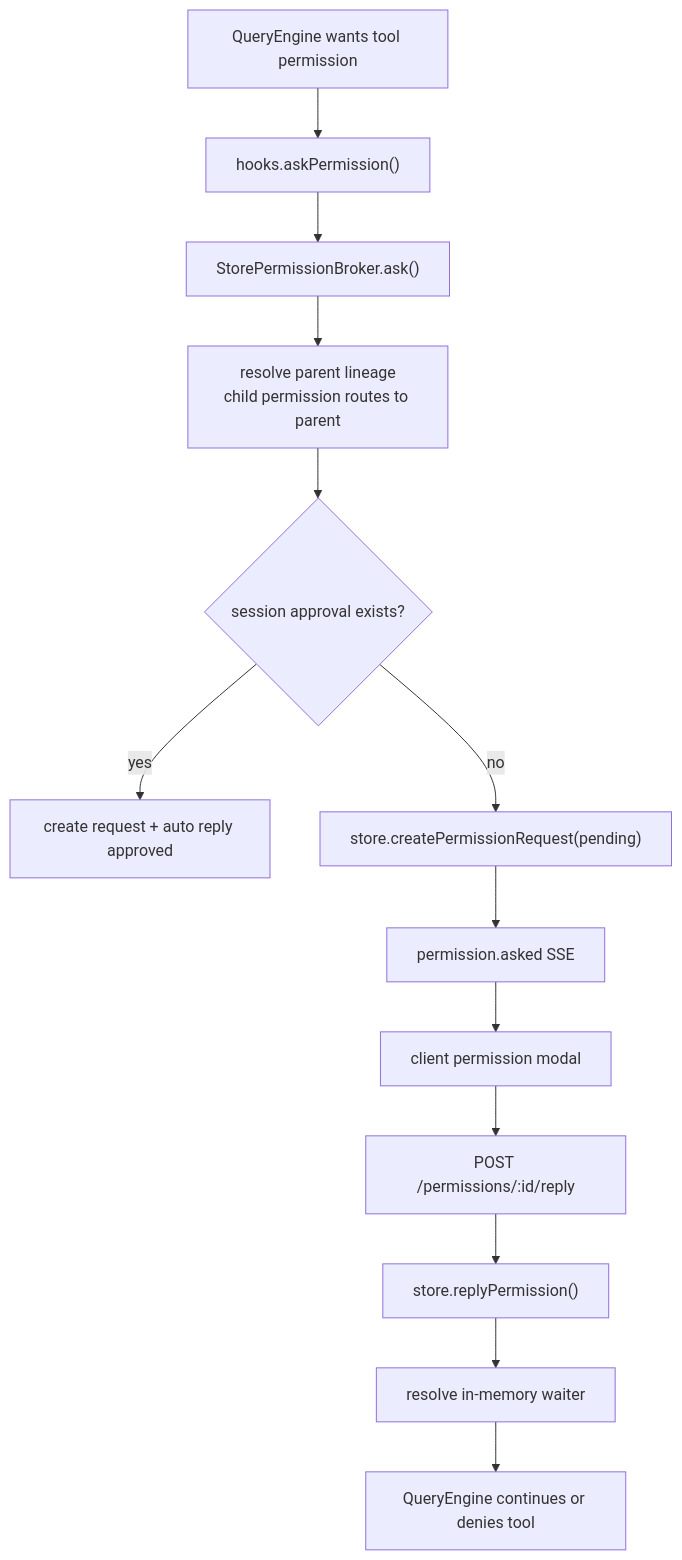
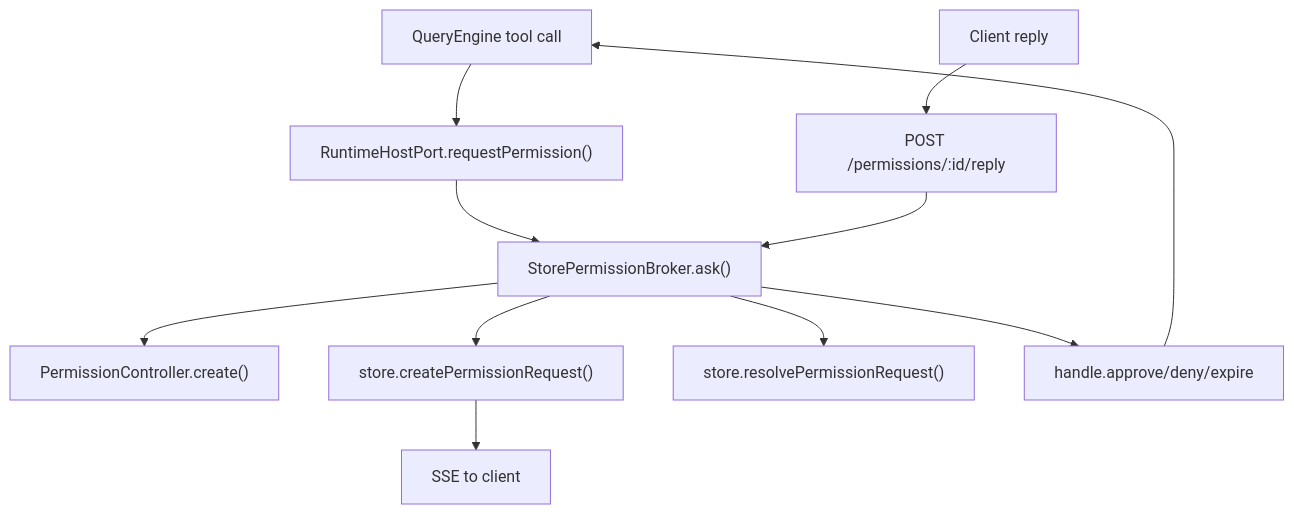
Before and after one commit to rzx007/openharness-ts: the fourth of 5 diagrams in docs/daemon-runtime-flow-map.md, drawn with Mermaid. The commit also changed other lines of this file and 8 other files, not shown here.

First line of the commit message:
docs: 记录 RuntimeHostPort 设计并同步 daemon 运行时文档

````diff
--- a/docs/daemon-runtime-flow-map.md
+++ b/docs/daemon-runtime-flow-map.md
@@ -375,15 +179,13 @@
 ```mermaid
 flowchart TD
-  tool["QueryEngine wants tool permission"] --> ask["hooks.askPermission()"]
-  ask --> broker["StorePermissionBroker.ask()"]
-  broker --> lineage["resolve parent lineage<br/>child permission routes to parent"]
-  lineage --> reusable{"session approval exists?"}
-  reusable -->|yes| auto["create request + auto reply approved"]
-  reusable -->|no| pending["store.createPermissionRequest(pending)"]
-  pending --> sse["permission.asked SSE"]
-  sse --> ui["client permission modal"]
-  ui --> reply["POST /permissions/:id/reply"]
-  reply --> store["store.replyPermission()"]
-  store --> waiter["resolve in-memory waiter"]
-  waiter --> query["QueryEngine continues or denies tool"]
+  tool["QueryEngine tool call"] --> host["RuntimeHostPort.requestPermission()"]
+  host --> broker["StorePermissionBroker.ask()"]
+  broker --> controller["PermissionController.create()"]
+  broker --> store["store.createPermissionRequest()"]
+  store --> sse["SSE to client"]
+  client["Client reply"] --> route["POST /permissions/:id/reply"]
+  route --> broker
+  broker --> store2["store.resolvePermissionRequest()"]
+  broker --> controller2["handle.approve/deny/expire"]
+  controller2 --> tool
 ```
````
